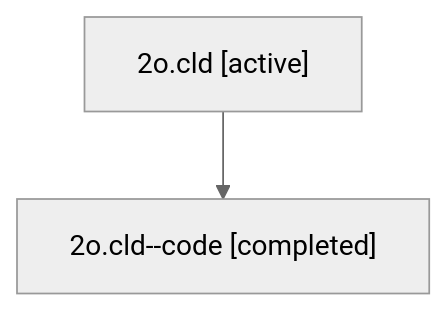
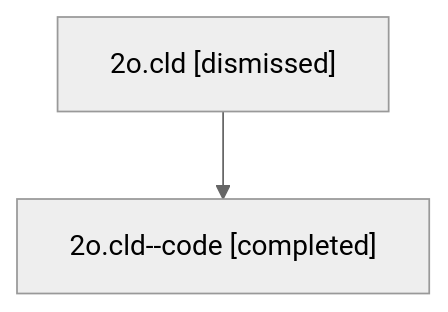
The diagram in sessions/bbugyi200.athena.2o.cld.md (sase-org/sase--agents), drawn with Mermaid (neutral theme) before and after one commit. The commit also changed other lines of this file and 33 other files, not shown here.

````diff
--- a/sessions/bbugyi200.athena.2o.cld.md
+++ b/sessions/bbugyi200.athena.2o.cld.md
@@ -9,6 +9,6 @@
 ```mermaid
 flowchart TD
-  n0["2o.cld [active]"]
+  n0["2o.cld [dismissed]"]
   n1["2o.cld--code [completed]"]
   n0 --> n1
 ```
````
